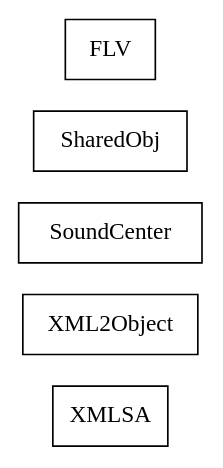
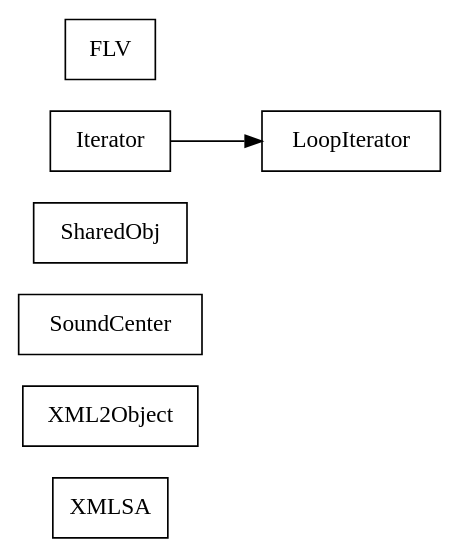
The diagram in docs/com/sekati/data/classes.dot (sekati/sasapi), drawn with Graphviz before and after one commit. The commit also changed 44 other files, not shown here.

Commit message:
Added data.Iterator's

```diff
--- a/docs/com/sekati/data/classes.dot
+++ b/docs/com/sekati/data/classes.dot
@@ -1,33 +1,46 @@
 strict digraph class_diagram {
   rankdir=LR;
   TypeXMLSA[
     label="XMLSA",
     URL="XMLSA.html",
     tooltip="com.sekati.data.XMLSA",
     shape="record"
   ];
   TypeXML2Object[
     label="XML2Object",
     URL="XML2Object.html",
     tooltip="com.sekati.data.XML2Object",
     shape="record"
   ];
   TypeSoundCenter[
     label="SoundCenter",
     URL="SoundCenter.html",
     tooltip="com.sekati.data.SoundCenter",
     shape="record"
   ];
   TypeSharedObj[
     label="SharedObj",
     URL="SharedObj.html",
     tooltip="com.sekati.data.SharedObj",
     shape="record"
   ];
+  TypeLoopIterator[
+    label="LoopIterator",
+    URL="LoopIterator.html",
+    tooltip="com.sekati.data.LoopIterator",
+    shape="record"
+  ];
+  TypeIterator[
+    label="Iterator",
+    URL="Iterator.html",
+    tooltip="com.sekati.data.Iterator",
+    shape="record"
+  ];
   TypeFLV[
     label="FLV",
     URL="FLV.html",
     tooltip="com.sekati.data.FLV",
     shape="record"
   ];
+  TypeIterator -> TypeLoopIterator;
 }
```
